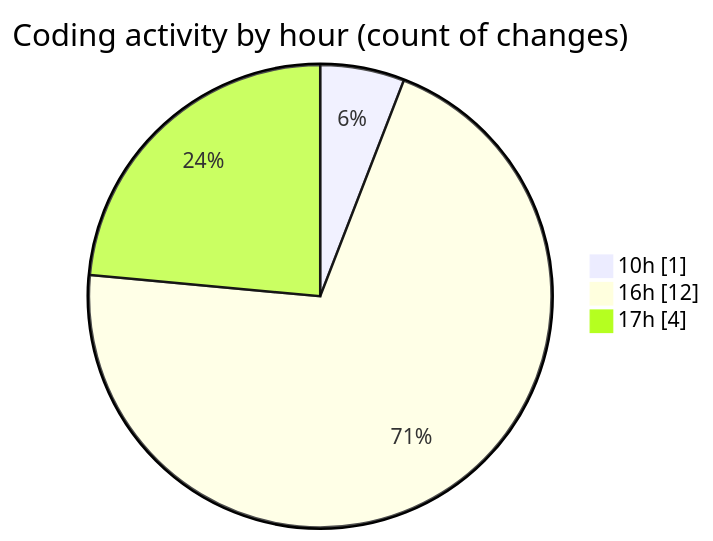
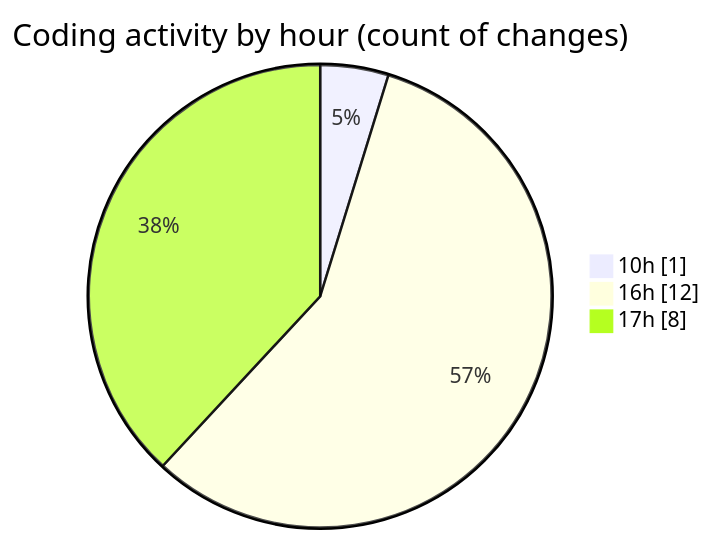
The second of 2 diagrams in 2025-11-12/cdp_aleoudev_fr__workspace_/README.md (julien-gomy/code-tracking), drawn with Mermaid before and after one commit. The commit also changed other lines of this file and 1 other file, not shown here.

````diff
--- a/2025-11-12/cdp_aleoudev_fr__workspace_/README.md
+++ b/2025-11-12/cdp_aleoudev_fr__workspace_/README.md
@@ -30,7 +30,7 @@
 ```mermaid
 pie showData
 title Coding activity by hour (count of changes)
 "10h" : 1
 "16h" : 12
-"17h" : 4
+"17h" : 8
 ```
````
